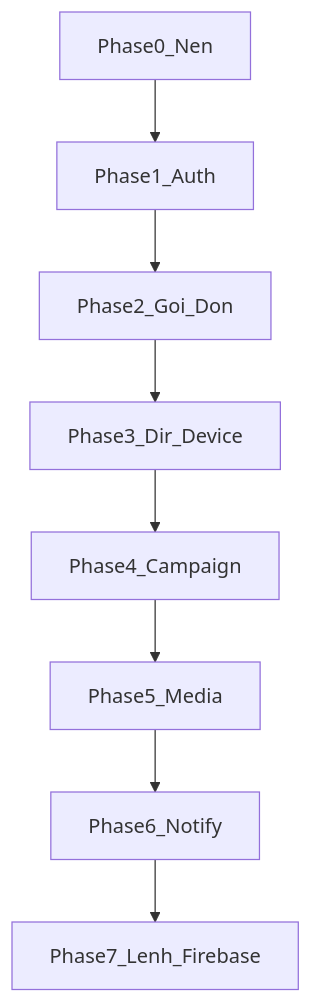
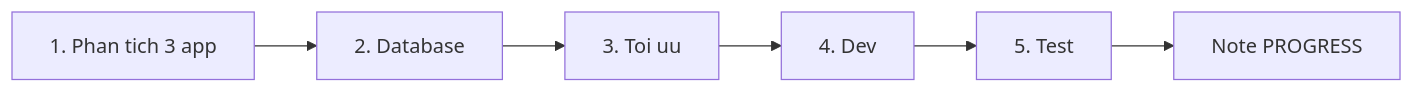
The diagram in .agents/workflows.md (anhtientram/tsscreen_be), drawn with Mermaid before and after one commit. The commit also changed other lines of this file and 47 other files, not shown here.

````diff
--- a/.agents/workflows.md
+++ b/.agents/workflows.md
@@ -18,13 +7,8 @@
 ```mermaid
-flowchart TB
-  P0[Phase0_Nen]
-  P1[Phase1_Auth]
-  P2[Phase2_Goi_Don]
-  P3[Phase3_Dir_Device]
-  P4[Phase4_Campaign]
-  P5[Phase5_Media]
-  P6[Phase6_Notify]
-  P7[Phase7_Lenh_Firebase]
-
-  P0 --> P1 --> P2 --> P3 --> P4 --> P5 --> P6 --> P7
+flowchart LR
+  A[1. Phan tich 3 app] --> B[2. Database]
+  B --> C[3. Toi uu]
+  C --> D[4. Dev]
+  D --> E[5. Test]
+  E --> F[Note PROGRESS]
 ```
````
